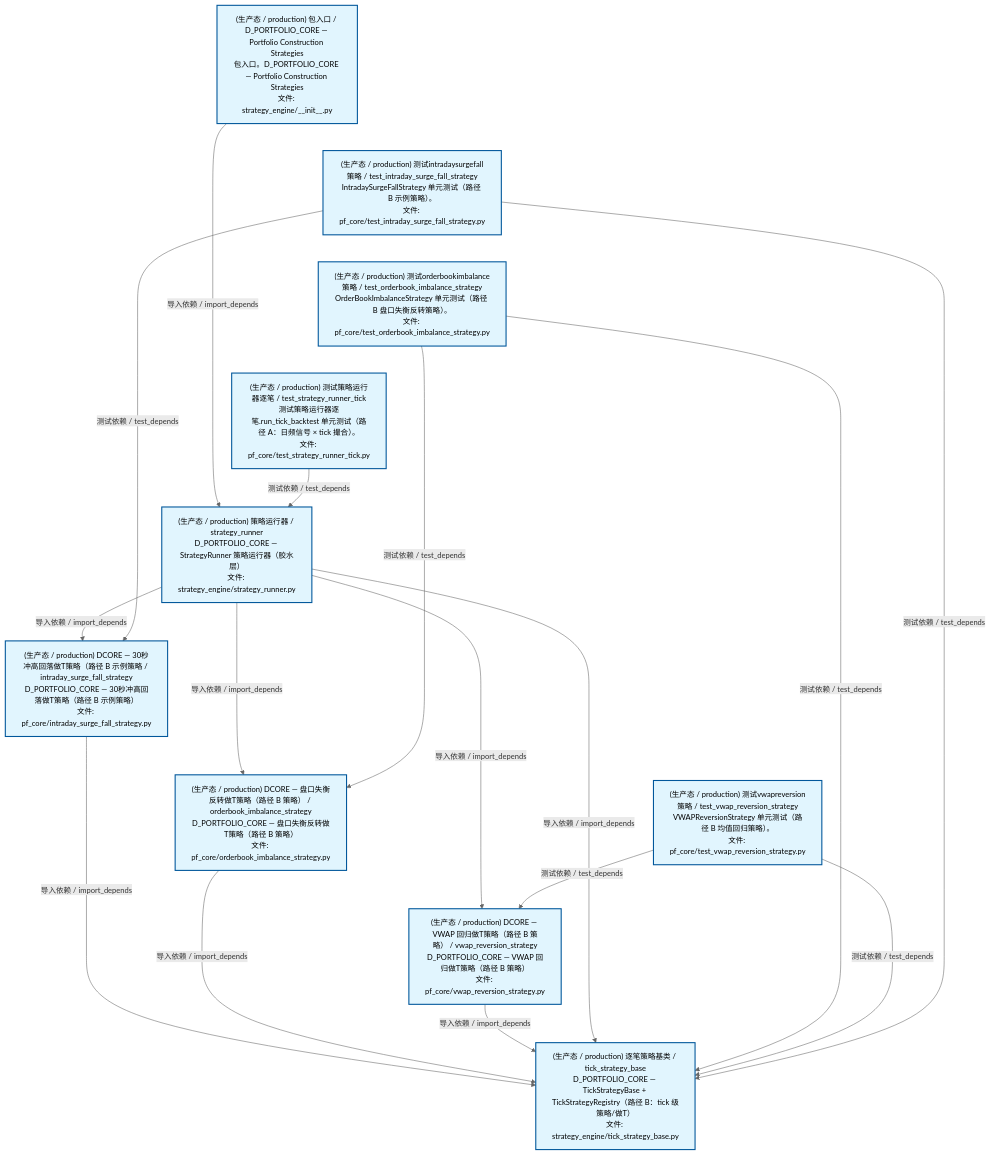
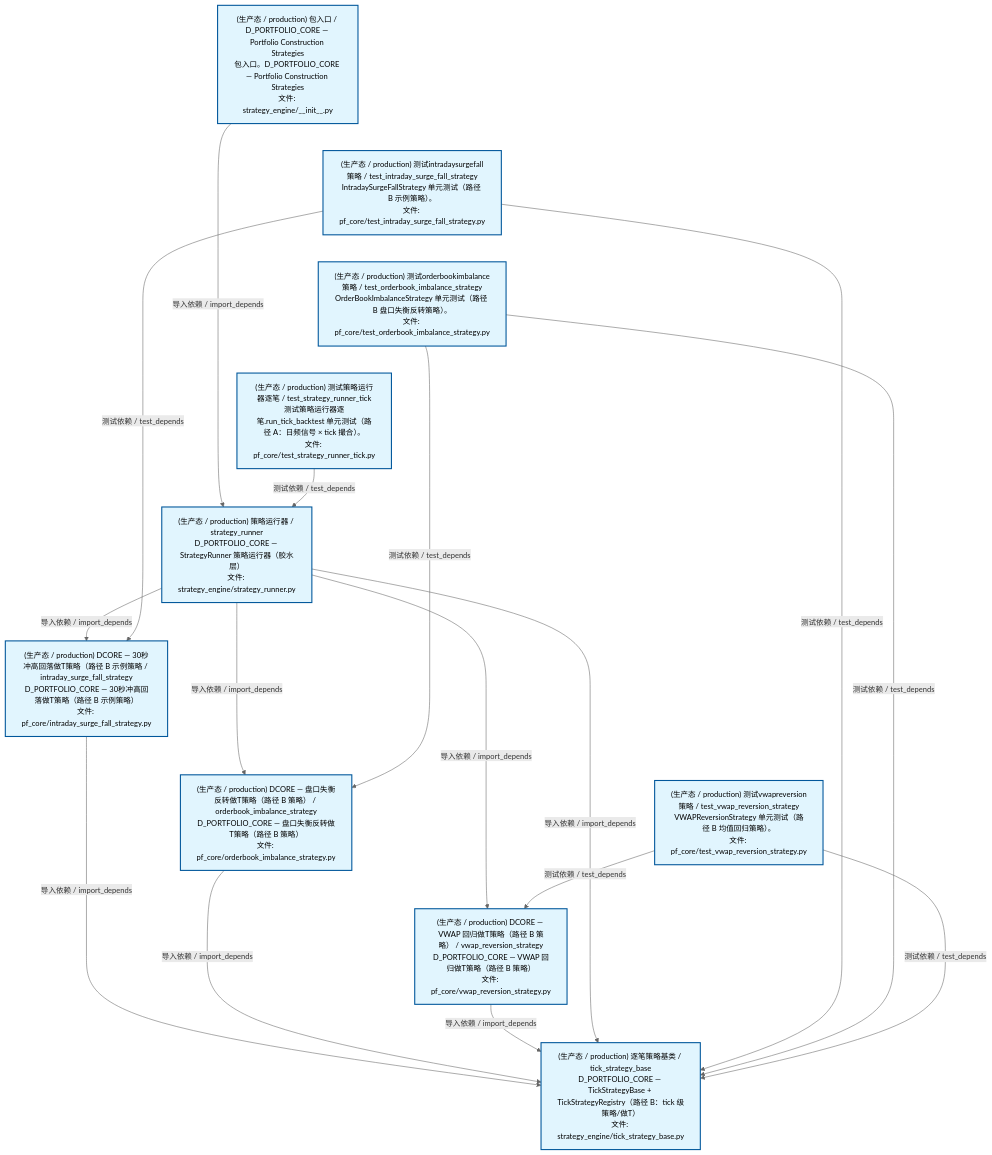
One commit to xuanFelixVan/ZephyrAlpha changed the second of 4 diagrams in docs/02_enterprise_architecture/02_domain_architecture_docs/63_d_pf_core.md. Above: the diagram before and after it, drawn with Mermaid. The commit also changed other lines of this file and 36 other files, not shown here.

````diff
--- a/docs/02_enterprise_architecture/02_domain_architecture_docs/63_d_pf_core.md
+++ b/docs/02_enterprise_architecture/02_domain_architecture_docs/63_d_pf_core.md
@@ -131,40 +131,40 @@
 ```mermaid
 %%{init: {'theme': 'base', 'themeVariables': {'primaryColor': '#eaeaea', 'primaryTextColor': '#333333', 'primaryBorderColor': '#666666', 'lineColor': '#666666', 'secondaryColor': '#eaeaea', 'tertiaryColor': '#eaeaea', 'fontSize': '14px'}}}%%
 flowchart TD
     src_zephyr_pf_core_strategy_engine_init_py["(生产态 / production) 包入口 / D_PORTFOLIO_CORE — Portfolio Construction Strategies<br/>包入口。D_PORTFOLIO_CORE — Portfolio Construction Strategies<br/>文件: strategy_engine/__init__.py"]
     tests_pf_core_test_intraday_surge_fall_strategy_py["(生产态 / production) 测试intradaysurgefall策略 / test_intraday_surge_fall_strategy<br/>IntradaySurgeFallStrategy 单元测试（路径 B 示例策略）。<br/>文件: pf_core/test_intraday_surge_fall_strategy.py"]
     tests_pf_core_test_orderbook_imbalance_strategy_py["(生产态 / production) 测试orderbookimbalance策略 / test_orderbook_imbalance_strategy<br/>OrderBookImbalanceStrategy 单元测试（路径 B 盘口失衡反转策略）。<br/>文件: pf_core/test_orderbook_imbalance_strategy.py"]
     tests_pf_core_test_strategy_runner_tick_py["(生产态 / production) 测试策略运行器逐笔 / test_strategy_runner_tick<br/>测试策略运行器逐笔.run_tick_backtest 单元测试（路径 A：日频信号 × tick 撮合）。<br/>文件: pf_core/test_strategy_runner_tick.py"]
     tests_pf_core_test_vwap_reversion_strategy_py["(生产态 / production) 测试vwapreversion策略 / test_vwap_reversion_strategy<br/>VWAPReversionStrategy 单元测试（路径 B 均值回归策略）。<br/>文件: pf_core/test_vwap_reversion_strategy.py"]
     src_zephyr_pf_core_strategy_engine_init_py ~~~ tests_pf_core_test_intraday_surge_fall_strategy_py
     tests_pf_core_test_intraday_surge_fall_strategy_py ~~~ tests_pf_core_test_orderbook_imbalance_strategy_py
     tests_pf_core_test_orderbook_imbalance_strategy_py ~~~ tests_pf_core_test_strategy_runner_tick_py
     tests_pf_core_test_strategy_runner_tick_py ~~~ tests_pf_core_test_vwap_reversion_strategy_py
     src_zephyr_pf_core_strategy_engine_strategy_runner_py["(生产态 / production) 策略运行器 / strategy_runner<br/>D_PORTFOLIO_CORE — StrategyRunner 策略运行器（胶水层）<br/>文件: strategy_engine/strategy_runner.py"]
     src_zephyr_pf_core_intraday_surge_fall_strategy_py["(生产态 / production) DCORE — 30秒冲高回落做T策略（路径 B 示例策略 / intraday_surge_fall_strategy<br/>D_PORTFOLIO_CORE — 30秒冲高回落做T策略（路径 B 示例策略）<br/>文件: pf_core/intraday_surge_fall_strategy.py"]
     src_zephyr_pf_core_orderbook_imbalance_strategy_py["(生产态 / production) DCORE — 盘口失衡反转做T策略（路径 B 策略） / orderbook_imbalance_strategy<br/>D_PORTFOLIO_CORE — 盘口失衡反转做T策略（路径 B 策略）<br/>文件: pf_core/orderbook_imbalance_strategy.py"]
     src_zephyr_pf_core_vwap_reversion_strategy_py["(生产态 / production) DCORE — VWAP 回归做T策略（路径 B 策略） / vwap_reversion_strategy<br/>D_PORTFOLIO_CORE — VWAP 回归做T策略（路径 B 策略）<br/>文件: pf_core/vwap_reversion_strategy.py"]
     src_zephyr_pf_core_intraday_surge_fall_strategy_py ~~~ src_zephyr_pf_core_orderbook_imbalance_strategy_py
     src_zephyr_pf_core_orderbook_imbalance_strategy_py ~~~ src_zephyr_pf_core_vwap_reversion_strategy_py
     src_zephyr_pf_core_strategy_engine_tick_strategy_base_py["(生产态 / production) 逐笔策略基类 / tick_strategy_base<br/>D_PORTFOLIO_CORE — TickStrategyBase + TickStrategyRegistry（路径 B：tick 级策略/做T）<br/>文件: strategy_engine/tick_strategy_base.py"]
     src_zephyr_pf_core_intraday_surge_fall_strategy_py -->|导入依赖 / import_depends| src_zephyr_pf_core_strategy_engine_tick_strategy_base_py
     src_zephyr_pf_core_orderbook_imbalance_strategy_py -->|导入依赖 / import_depends| src_zephyr_pf_core_strategy_engine_tick_strategy_base_py
     src_zephyr_pf_core_vwap_reversion_strategy_py -->|导入依赖 / import_depends| src_zephyr_pf_core_strategy_engine_tick_strategy_base_py
-    src_zephyr_pf_core_strategy_engine_init_py -->|导入依赖 / import_depends| src_zephyr_pf_core_strategy_engine_strategy_runner_py
     src_zephyr_pf_core_strategy_engine_strategy_runner_py -->|导入依赖 / import_depends| src_zephyr_pf_core_intraday_surge_fall_strategy_py
     src_zephyr_pf_core_strategy_engine_strategy_runner_py -->|导入依赖 / import_depends| src_zephyr_pf_core_orderbook_imbalance_strategy_py
+    src_zephyr_pf_core_strategy_engine_strategy_runner_py -->|导入依赖 / import_depends| src_zephyr_pf_core_strategy_engine_tick_strategy_base_py
     src_zephyr_pf_core_strategy_engine_strategy_runner_py -->|导入依赖 / import_depends| src_zephyr_pf_core_vwap_reversion_strategy_py
-    src_zephyr_pf_core_strategy_engine_strategy_runner_py -->|导入依赖 / import_depends| src_zephyr_pf_core_strategy_engine_tick_strategy_base_py
+    src_zephyr_pf_core_strategy_engine_init_py -->|导入依赖 / import_depends| src_zephyr_pf_core_strategy_engine_strategy_runner_py
+    tests_pf_core_test_intraday_surge_fall_strategy_py -->|测试依赖 / test_depends| src_zephyr_pf_core_intraday_surge_fall_strategy_py
+    tests_pf_core_test_intraday_surge_fall_strategy_py -->|测试依赖 / test_depends| src_zephyr_pf_core_strategy_engine_tick_strategy_base_py
     tests_pf_core_test_orderbook_imbalance_strategy_py -->|测试依赖 / test_depends| src_zephyr_pf_core_orderbook_imbalance_strategy_py
     tests_pf_core_test_orderbook_imbalance_strategy_py -->|测试依赖 / test_depends| src_zephyr_pf_core_strategy_engine_tick_strategy_base_py
     tests_pf_core_test_strategy_runner_tick_py -->|测试依赖 / test_depends| src_zephyr_pf_core_strategy_engine_strategy_runner_py
+    tests_pf_core_test_vwap_reversion_strategy_py -->|测试依赖 / test_depends| src_zephyr_pf_core_strategy_engine_tick_strategy_base_py
     tests_pf_core_test_vwap_reversion_strategy_py -->|测试依赖 / test_depends| src_zephyr_pf_core_vwap_reversion_strategy_py
-    tests_pf_core_test_vwap_reversion_strategy_py -->|测试依赖 / test_depends| src_zephyr_pf_core_strategy_engine_tick_strategy_base_py
-    tests_pf_core_test_intraday_surge_fall_strategy_py -->|测试依赖 / test_depends| src_zephyr_pf_core_intraday_surge_fall_strategy_py
-    tests_pf_core_test_intraday_surge_fall_strategy_py -->|测试依赖 / test_depends| src_zephyr_pf_core_strategy_engine_tick_strategy_base_py
     classDef production fill:#e1f5fe,stroke:#01579b,stroke-width:2px,color:#000
     classDef design fill:#fff3e0,stroke:#e65100,stroke-width:2px,color:#000,stroke-dasharray: 5 5
     classDef external_prod fill:#e8f4fd,stroke:#0277bd,stroke-width:1px,color:#000
     classDef external_design fill:#fff8e7,stroke:#ef6c00,stroke-width:1px,color:#000,stroke-dasharray: 5 5
     class src_zephyr_pf_core_intraday_surge_fall_strategy_py,src_zephyr_pf_core_orderbook_imbalance_strategy_py,src_zephyr_pf_core_strategy_engine_init_py,src_zephyr_pf_core_strategy_engine_strategy_runner_py,src_zephyr_pf_core_strategy_engine_tick_strategy_base_py,src_zephyr_pf_core_vwap_reversion_strategy_py,tests_pf_core_test_intraday_surge_fall_strategy_py,tests_pf_core_test_orderbook_imbalance_strategy_py,tests_pf_core_test_strategy_runner_tick_py,tests_pf_core_test_vwap_reversion_strategy_py production
 ```
````
